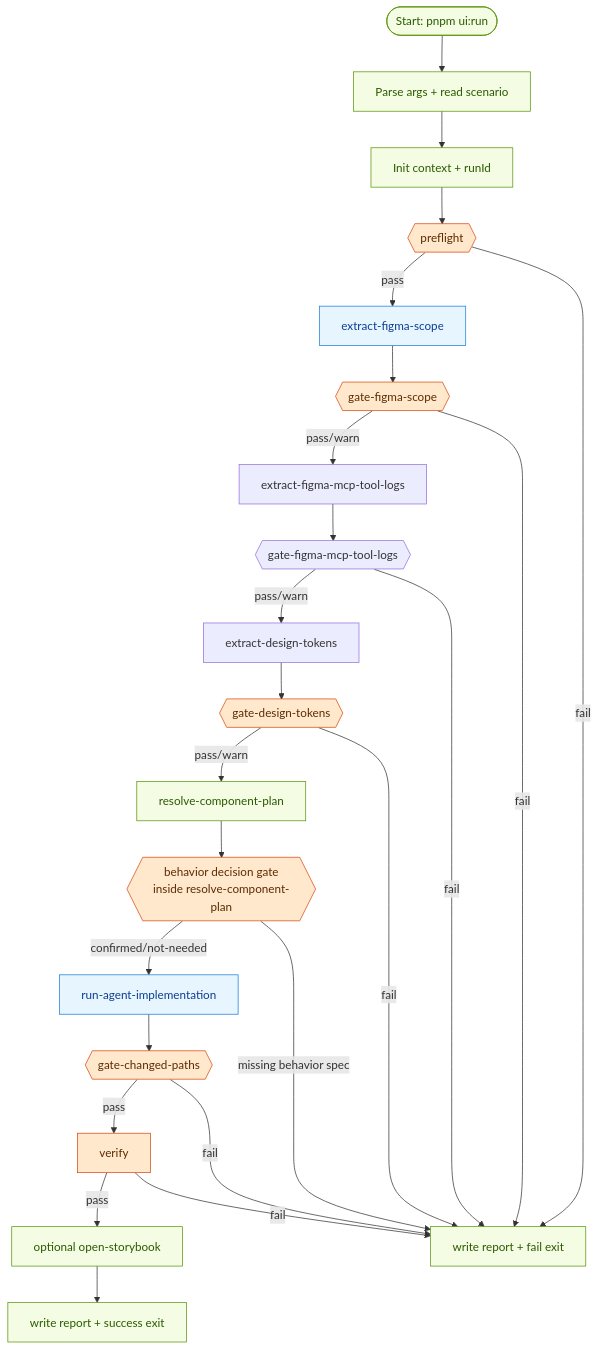
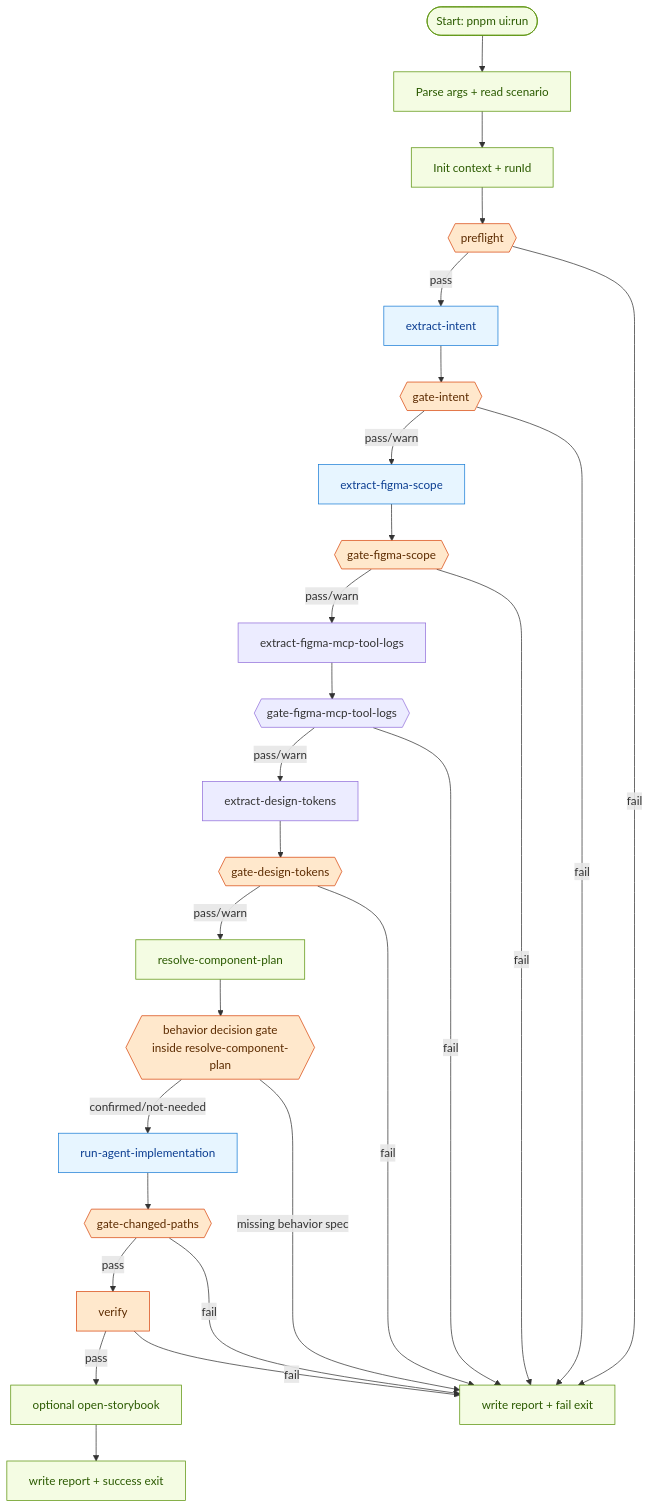
One commit to TEAM-HOUME/HOUME-CLIENT changed the first of 4 diagrams in orchestration/ui-components/README.md. Above: the diagram before and after it, drawn with Mermaid. The commit also changed other lines of this file and 10 other files, not shown here.

````diff
--- a/orchestration/ui-components/README.md
+++ b/orchestration/ui-components/README.md
@@ -69,39 +73,42 @@
 ```mermaid
 flowchart TD
   A([Start: pnpm ui:run]) --> B[Parse args + read scenario]
   B --> C[Init context + runId]
   C --> D{{preflight}}
 
-  D -- pass --> E[extract-figma-scope]
+  D -- pass --> DI[extract-intent]
+  DI --> DG{{gate-intent}}
+  DG -- pass/warn --> E[extract-figma-scope]
+  DG -- fail --> Z1
   D -- fail --> Z1[write report + fail exit]
 
   E --> F{{gate-figma-scope}}
   F -- pass/warn --> G0[extract-figma-mcp-tool-logs]
   G0 --> G1{{gate-figma-mcp-tool-logs}}
   G1 -- pass/warn --> G[extract-design-tokens]
   G1 -- fail --> Z1
   F -- fail --> Z1
 
   G --> H{{gate-design-tokens}}
   H -- pass/warn --> I[resolve-component-plan]
   H -- fail --> Z1
 
   I --> J{{behavior decision gate<br/>inside resolve-component-plan}}
   J -- confirmed/not-needed --> K[run-agent-implementation]
   J -- missing behavior spec --> Z1
 
   K --> L{{gate-changed-paths}}
   L -- pass --> O[verify]
   L -- fail --> Z1
 
   O -- pass --> P[optional open-storybook]
   O -- fail --> Z1
   P --> Q[write report + success exit]
 
   classDef gate fill:#ffe8cc,stroke:#d9480f,color:#5c2b00;
   classDef agent fill:#e7f5ff,stroke:#1c7ed6,color:#0b3d91;
   classDef local fill:#f4fce3,stroke:#5c940d,color:#2b5a00;
-  class D,F,H,J,L,O gate;
-  class E,K agent;
+  class D,DG,F,H,J,L,O gate;
+  class DI,E,K agent;
   class A,B,C,P,Q,Z1,I local;
 ```
````
